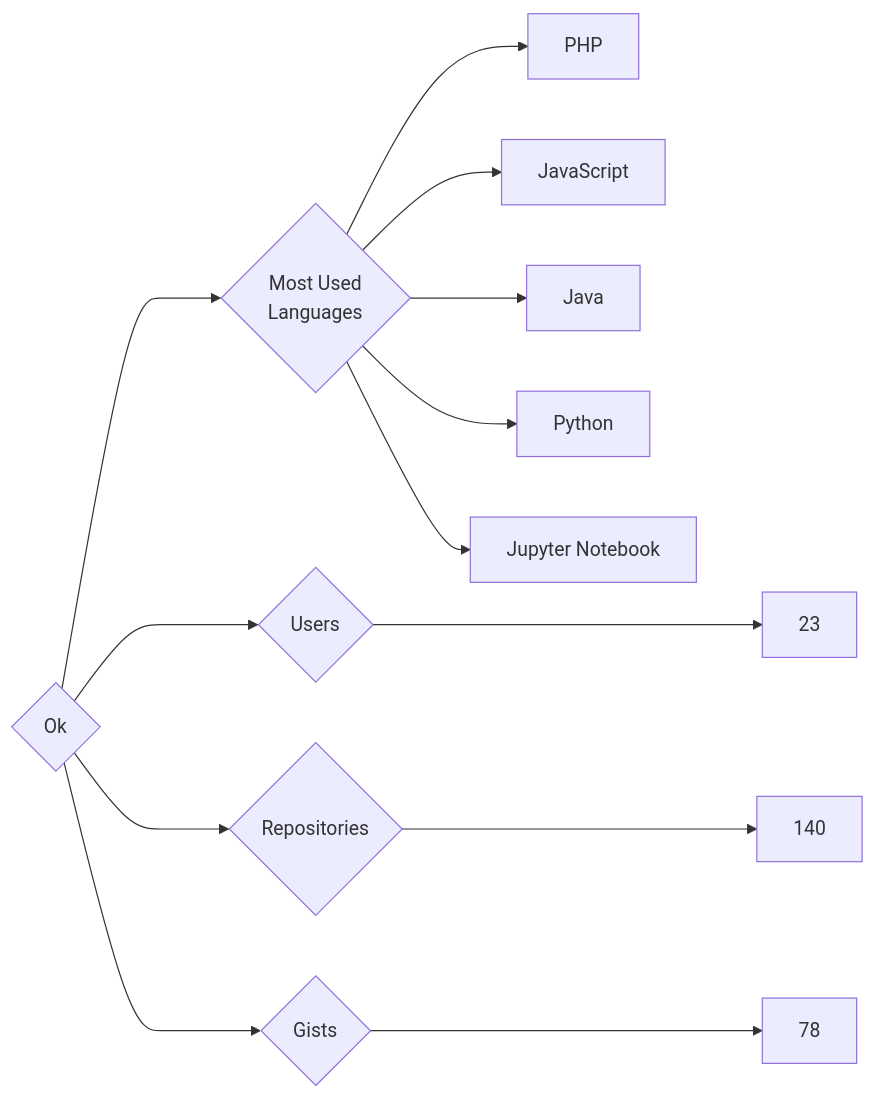
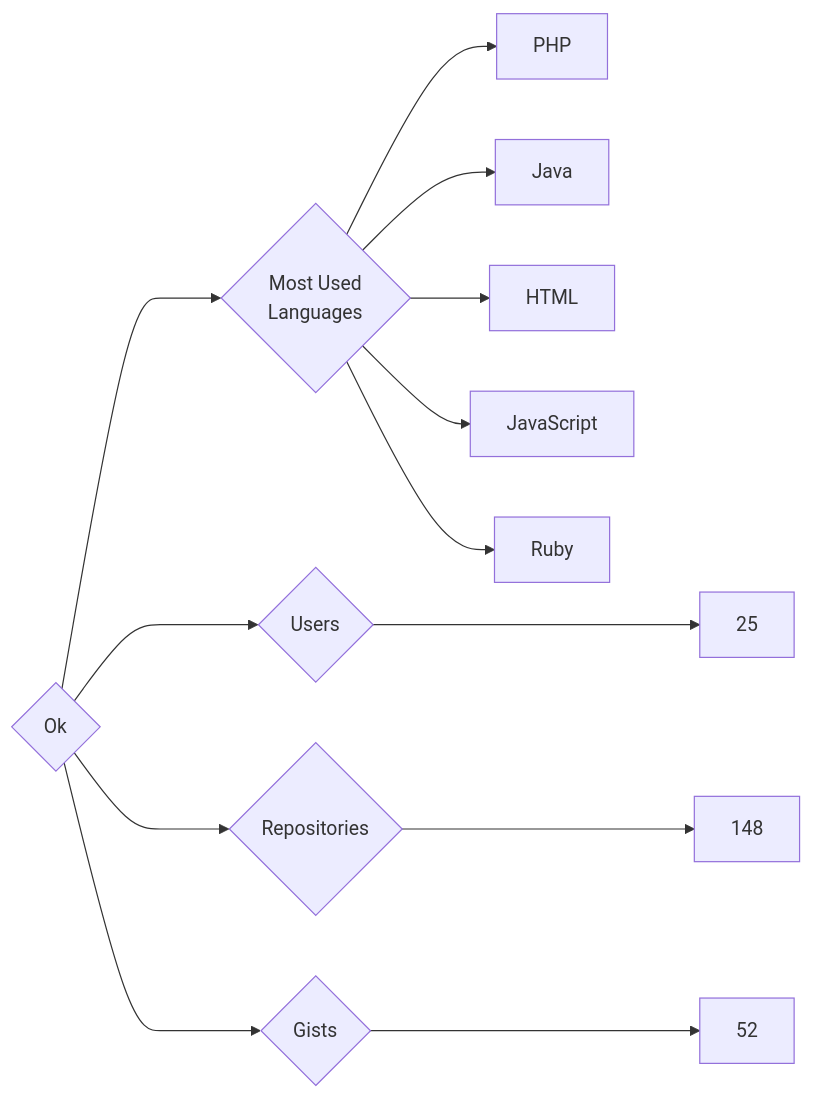
The diagram in targets/Ok/README.md (trickest/insiders), drawn with Mermaid before and after one commit. The commit also changed 851 other files, not shown here.

````diff
--- a/targets/Ok/README.md
+++ b/targets/Ok/README.md
@@ -3,13 +3,13 @@
 ```mermaid
 graph LR
 COMPANY_NAME{Ok}
-COMPANY_NAME ---> U{Users} ---> UN[23]
-COMPANY_NAME ---> R{Repositories} ---> RN[140]
-COMPANY_NAME ---> G{Gists} ---> GN[78]
+COMPANY_NAME ---> U{Users} ---> UN[25]
+COMPANY_NAME ---> R{Repositories} ---> RN[148]
+COMPANY_NAME ---> G{Gists} ---> GN[52]
 COMPANY_NAME ---> ML{Most Used<br>Languages}
 ML --> PHP[PHP]
+ML --> Java[Java]
+ML --> HTML[HTML]
 ML --> JavaScript[JavaScript]
-ML --> Java[Java]
-ML --> Python[Python]
-ML --> Jupyter_Notebook[Jupyter Notebook]
+ML --> Ruby[Ruby]
 ```
````
